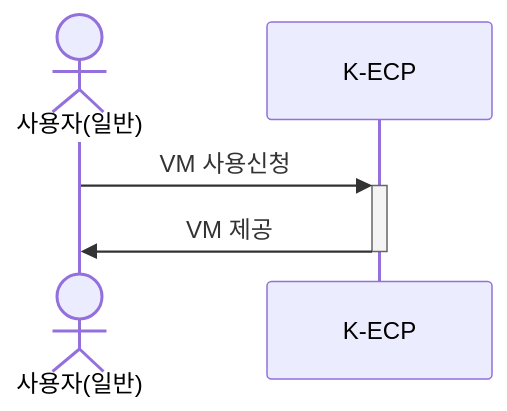
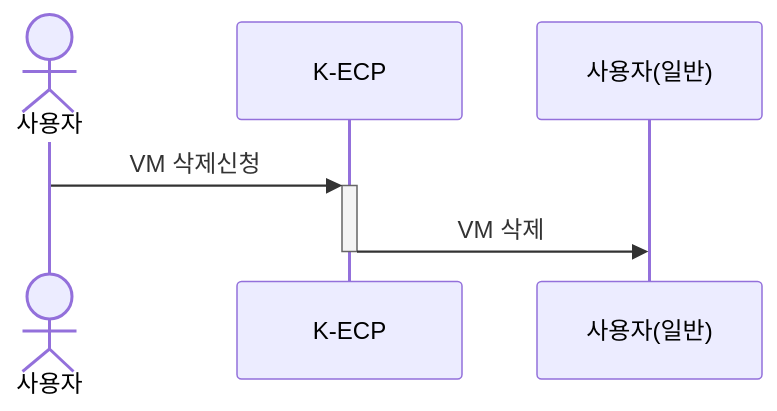
The diagram in mdfiles/VirtualMachine_delete.md (KDN-ECP/guidebooks), drawn with Mermaid before and after one commit. The commit also changed other lines of this file and 1 other file, not shown here.

````diff
--- a/mdfiles/VirtualMachine_delete.md
+++ b/mdfiles/VirtualMachine_delete.md
@@ -55,6 +39,6 @@
 ```mermaid
 sequenceDiagram
-actor 사용자(일반)
-사용자(일반) ->>+ K-ECP: VM 사용신청
-K-ECP ->>- 사용자(일반): VM 제공
+actor 사용자
+사용자 ->>+ K-ECP: VM 삭제신청
+K-ECP ->>- 사용자(일반): VM 삭제
 ```
````
